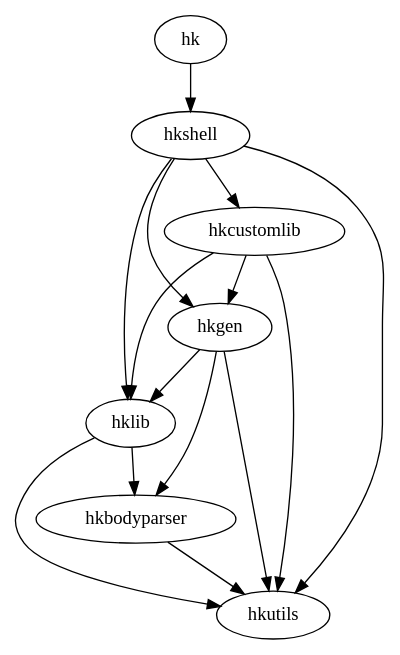
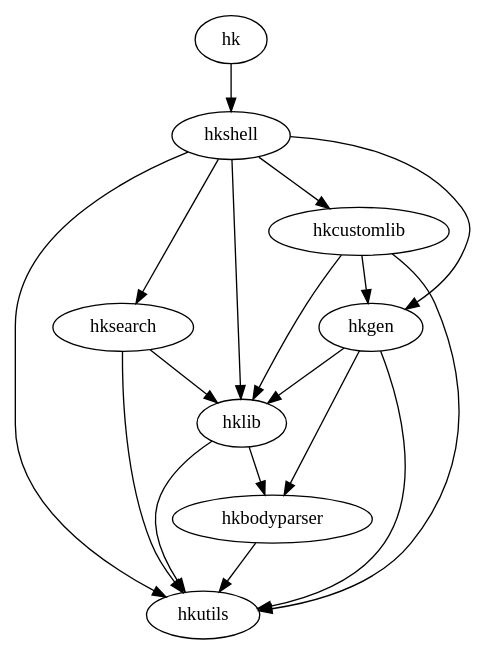
One commit to hcs42/heapkeeper-old changed the diagram in doc/module_deps.dot. Above: the diagram before and after it, drawn with Graphviz. The commit also changed 8 other files, not shown here.

```diff
--- a/doc/module_deps.dot
+++ b/doc/module_deps.dot
@@ -1,17 +1,20 @@
 // $ dot -Tpng -o images/module_deps.png module_deps.dot
 digraph {
     hkbodyparser -> hkutils;
     hklib -> hkbodyparser;
     hklib -> hkutils;
+    hksearch -> hkutils;
+    hksearch -> hklib;
     hkgen -> hkutils;
     hkgen -> hkbodyparser;
     hkgen -> hklib;
     hkcustomlib -> hkutils;
     hkcustomlib -> hklib;
     hkcustomlib -> hkgen;
     hkshell -> hkutils;
     hkshell -> hklib;
+    hkshell -> hksearch;
     hkshell -> hkgen;
     hkshell -> hkcustomlib;
     hk -> hkshell;
 }
```
